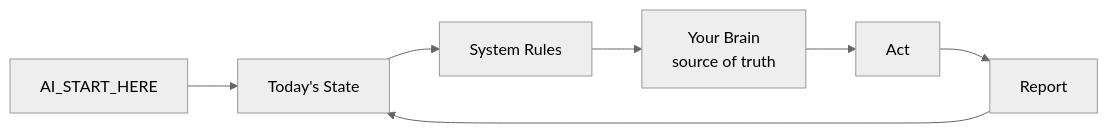
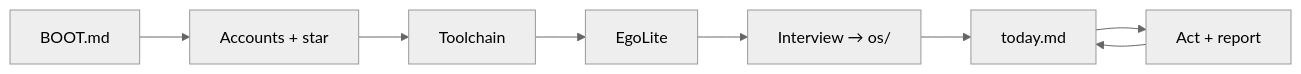
The diagram in README.md (jdwhite0/jd-ai-operating-system), drawn with Mermaid (neutral theme) before and after one commit. The commit also changed other lines of this file and 48 other files, not shown here.

````diff
--- a/README.md
+++ b/README.md
@@ -66,9 +81,10 @@
 ```mermaid
 flowchart LR
-    A[AI_START_HERE] --> B[Today's State]
-    B --> C[System Rules]
-    C --> D[Your Brain<br/>source of truth]
-    D --> E[Act]
-    E --> F[Report]
-    F --> B
+    A[BOOT.md] --> B[Accounts + star]
+    B --> C[Toolchain]
+    C --> D[EgoLite]
+    D --> E[Interview → os/]
+    E --> F[today.md]
+    F --> G[Act + report]
+    G --> F
 ```
````
